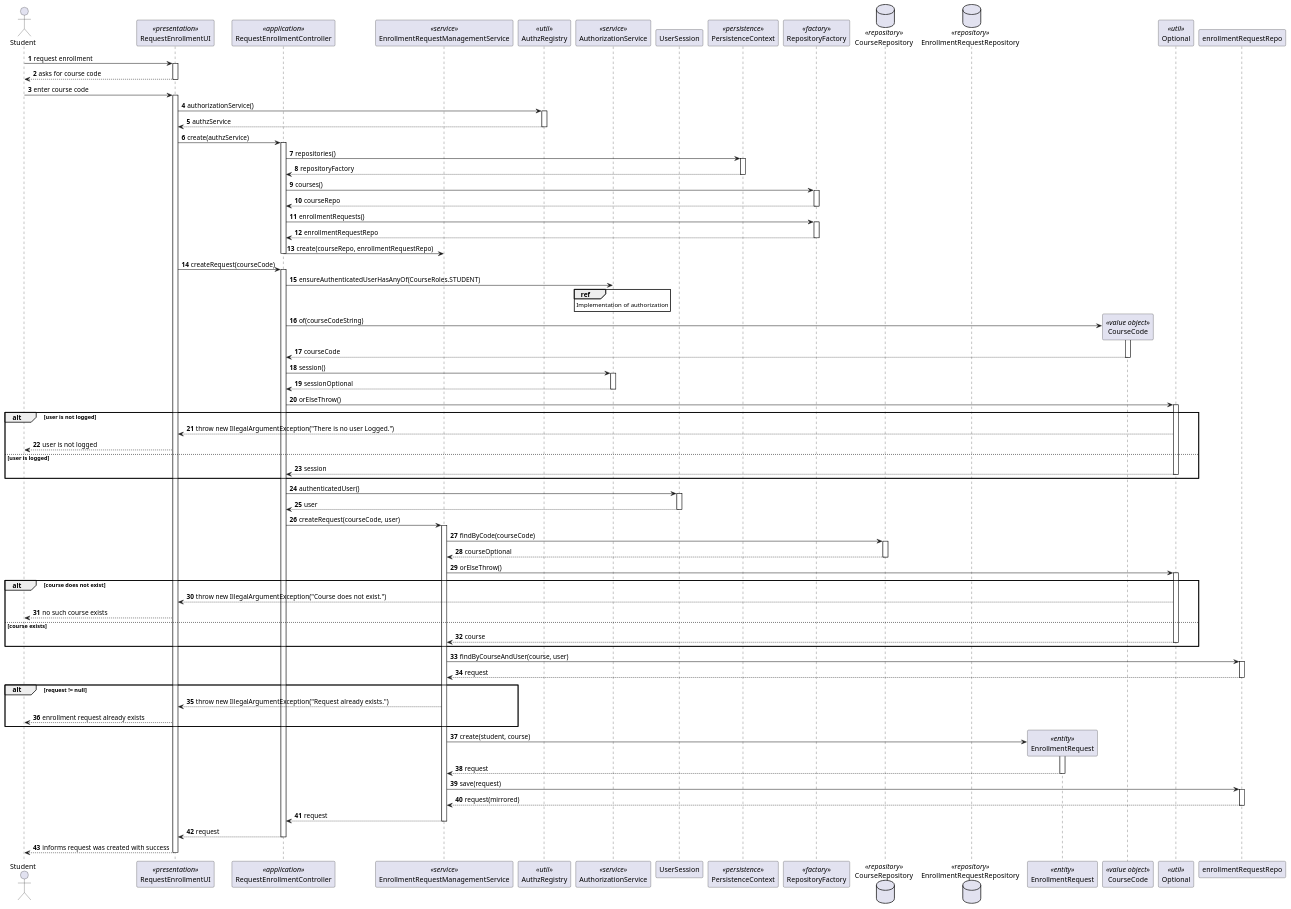
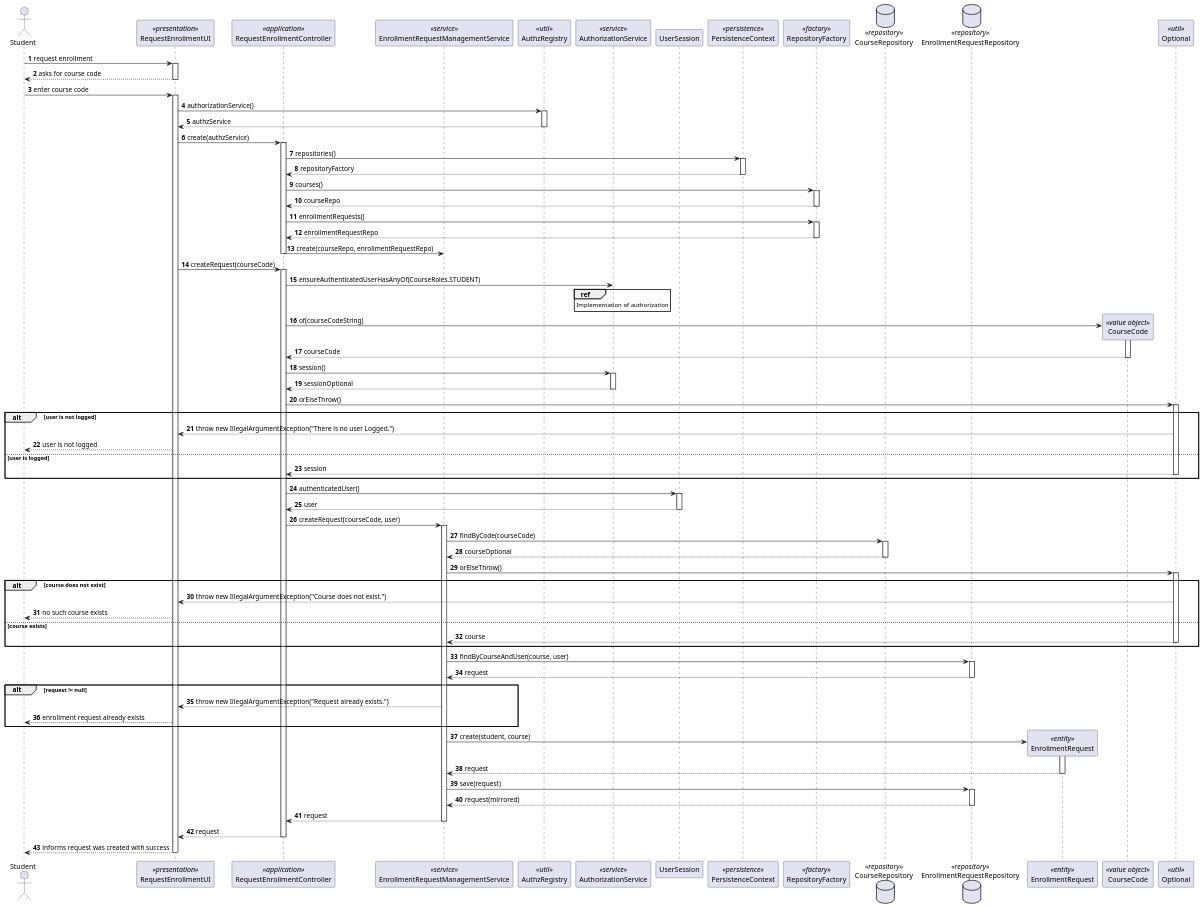
Before and after one commit to brunacosta03/sem4pi_22_23: the diagram in docs/SPRINT B/US_1008/SD/SD.puml, drawn with PlantUML. The commit also changed 1 other file, not shown here.

```diff
--- a/docs/SPRINT B/US_1008/SD/SD.puml
+++ b/docs/SPRINT B/US_1008/SD/SD.puml
@@ -1,141 +1,141 @@
 @startuml
 'https://plantuml.com/sequence-diagram
 
 autonumber
 
 actor Student as student
 
 participant RequestEnrollmentUI as ui <<presentation>>
 
 participant RequestEnrollmentController as ctrl <<application>>
 
 participant EnrollmentRequestManagementService as svc <<service>>
 participant AuthzRegistry as registry <<util>>
 participant AuthorizationService as authz <<service>>
 participant UserSession as userSession
 
 participant PersistenceContext as ctx <<persistence>>
 participant RepositoryFactory as repoFactory <<factory>>
 
 database CourseRepository as courseRepo <<repository>>
 database EnrollmentRequestRepository as requestRepo <<repository>>
 participant EnrollmentRequest as enrollmentRequest <<entity>>
 
 participant CourseCode as courseCode <<value object>>
 participant Optional as opt <<util>>
 
 
 student -> ui: request enrollment
 activate ui
 ui --> student: asks for course code
 deactivate ui
 
 student -> ui: enter course code
 activate ui
 
 ui -> registry: authorizationService()
 activate registry
 registry --> ui: authzService
 deactivate registry
 ui -> ctrl: create(authzService)
 activate ctrl
 ctrl -> ctx: repositories()
 activate ctx
 ctx --> ctrl: repositoryFactory
 deactivate ctx
 ctrl -> repoFactory: courses()
 activate repoFactory
 repoFactory --> ctrl: courseRepo
 deactivate repoFactory
 
 ctrl -> repoFactory: enrollmentRequests()
 activate repoFactory
 repoFactory --> ctrl: enrollmentRequestRepo
 deactivate repoFactory
 
 ctrl -> svc: create(courseRepo, enrollmentRequestRepo)
 deactivate ctrl
 
 ui -> ctrl: createRequest(courseCode)
 activate ctrl
 
 ctrl -> authz: ensureAuthenticatedUserHasAnyOf(CourseRoles.STUDENT)
 ref over authz
     Implementation of authorization
 end ref
 
 ctrl -> courseCode**: of(courseCodeString)
 activate courseCode
 courseCode --> ctrl: courseCode
 deactivate courseCode
 ctrl -> authz: session()
 activate authz
 authz --> ctrl: sessionOptional
 deactivate authz
 ctrl -> opt: orElseThrow()
 activate opt
 
 alt user is not logged
     opt --> ui: throw new IllegalArgumentException("There is no user Logged.")
     ui --> student: user is not logged
 else user is logged
     opt --> ctrl: session
     deactivate opt
 end alt
 
 ctrl -> userSession: authenticatedUser()
 activate userSession
 userSession --> ctrl: user
 deactivate userSession
 
 ctrl -> svc: createRequest(courseCode, user)
 activate svc
 
 svc -> courseRepo: findByCode(courseCode)
 activate courseRepo
 courseRepo --> svc: courseOptional
 deactivate courseRepo
 svc -> opt: orElseThrow()
 activate opt
 
 alt course does not exist
     opt --> ui: throw new IllegalArgumentException("Course does not exist.")
     ui --> student: no such course exists
 else course exists
     opt --> svc: course
     deactivate opt
 end alt
 
-svc -> enrollmentRequestRepo: findByCourseAndUser(course, user)
-activate enrollmentRequestRepo
-enrollmentRequestRepo --> svc: request
-deactivate enrollmentRequestRepo
+svc -> requestRepo: findByCourseAndUser(course, user)
+activate requestRepo
+requestRepo --> svc: request
+deactivate requestRepo
 
 alt request != null
     svc --> ui : throw new IllegalArgumentException("Request already exists.")
     ui --> student: enrollment request already exists
 end alt
 
 svc -> enrollmentRequest**: create(student, course)
 activate enrollmentRequest
 enrollmentRequest --> svc: request
 deactivate enrollmentRequest
 
-svc -> enrollmentRequestRepo: save(request)
-activate enrollmentRequestRepo
-enrollmentRequestRepo --> svc: request(mirrored)
-deactivate enrollmentRequestRepo
+svc -> requestRepo: save(request)
+activate requestRepo
+requestRepo --> svc: request(mirrored)
+deactivate requestRepo
 
 svc --> ctrl: request
 deactivate svc
 
 ctrl --> ui: request
 deactivate ctrl
 
 ui --> student: informs request was created with success
 deactivate ui
 
 
 
 
 @enduml
```
